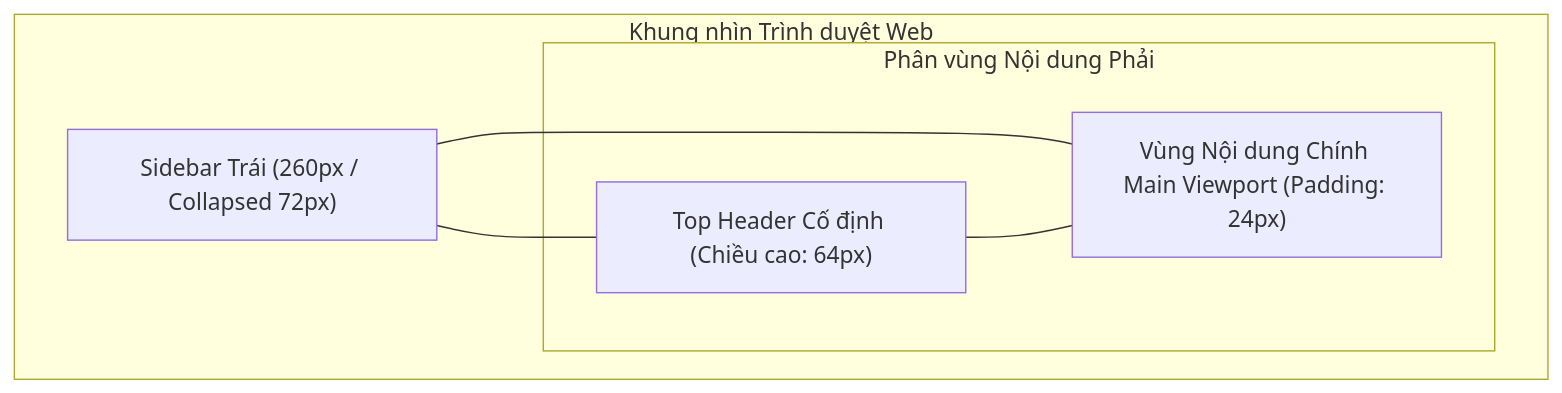
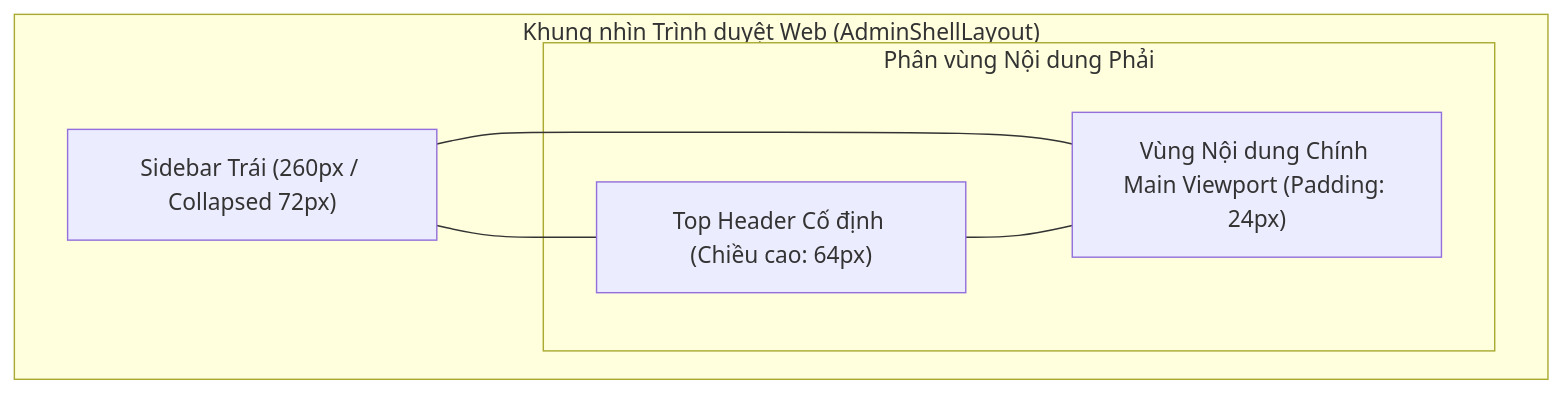
One commit to nvdung250405/face-attendance-system changed the first of 5 diagrams in docs/subsystem-docs/web-portal/specs/ui-ux.md. Above: the diagram before and after it, drawn with Mermaid. The commit also changed other lines of this file, not shown here.

Commit message:
docs(web-portal): synchronize ui-ux specs with screen inventory and state machines

````diff
--- a/docs/subsystem-docs/web-portal/specs/ui-ux.md
+++ b/docs/subsystem-docs/web-portal/specs/ui-ux.md
@@ -85,14 +121,14 @@
 ```mermaid
 graph TD
-    subgraph Browser_Window["Khung nhìn Trình duyệt Web"]
+    subgraph Browser_Window["Khung nhìn Trình duyệt Web (AdminShellLayout)"]
         Sidebar["Sidebar Trái (260px / Collapsed 72px)"]
         subgraph Right_Container["Phân vùng Nội dung Phải"]
             Header["Top Header Cố định (Chiều cao: 64px)"]
             MainContent["Vùng Nội dung Chính Main Viewport (Padding: 24px)"]
         end
     end
 
     Sidebar --- Header
     Sidebar --- MainContent
     Header --- MainContent
 ```
````
